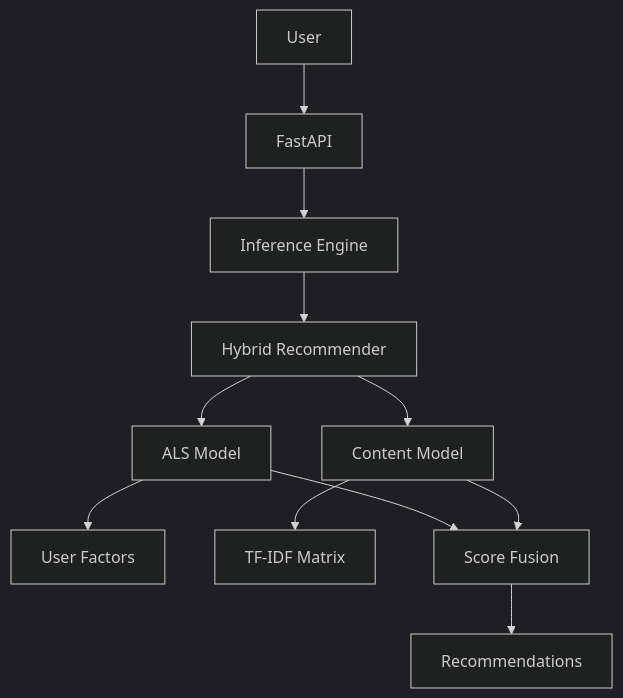
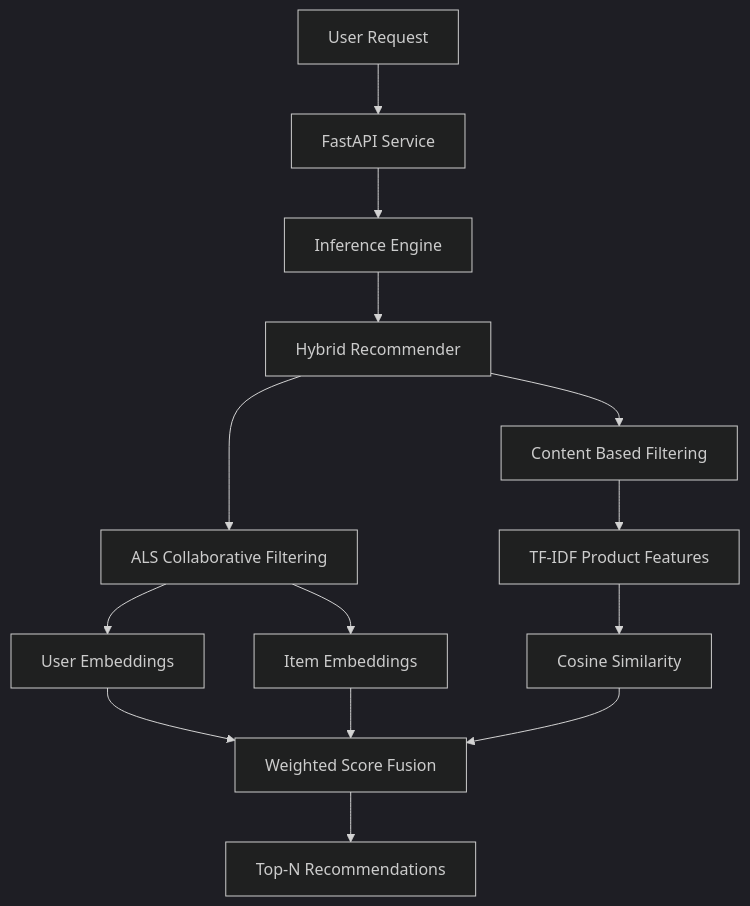
One commit to fli-09/hybrid-recommendation-system changed the diagram in README.md. Above: the diagram before and after it, drawn with Mermaid (dark theme). The commit also changed other lines of this file, not shown here.

````diff
--- a/README.md
+++ b/README.md
@@ -11,13 +20,24 @@
 ```mermaid
 flowchart TD
-    U[User] --> API[FastAPI]
+
+    USER[User Request] --> API[FastAPI Service]
+
     API --> IE[Inference Engine]
-    IE --> HR[Hybrid Recommender]
-    HR --> ALS[ALS Model]
-    HR --> CONTENT[Content Model]
-    ALS --> UF[User Factors]
-    CONTENT --> TFIDF[TF-IDF Matrix]
-    ALS --> FUSION[Score Fusion]
-    CONTENT --> FUSION
-    FUSION --> REC[Recommendations]
+
+    IE --> HYBRID[Hybrid Recommender]
+
+    HYBRID --> ALS[ALS Collaborative Filtering]
+    HYBRID --> CONTENT[Content Based Filtering]
+
+    ALS --> USERF[User Embeddings]
+    ALS --> ITEMF[Item Embeddings]
+
+    CONTENT --> TFIDF[TF-IDF Product Features]
+    TFIDF --> SIM[Cosine Similarity]
+
+    USERF --> FUSION[Weighted Score Fusion]
+    ITEMF --> FUSION
+    SIM --> FUSION
+
+    FUSION --> OUTPUT[Top-N Recommendations]
 ```
````
